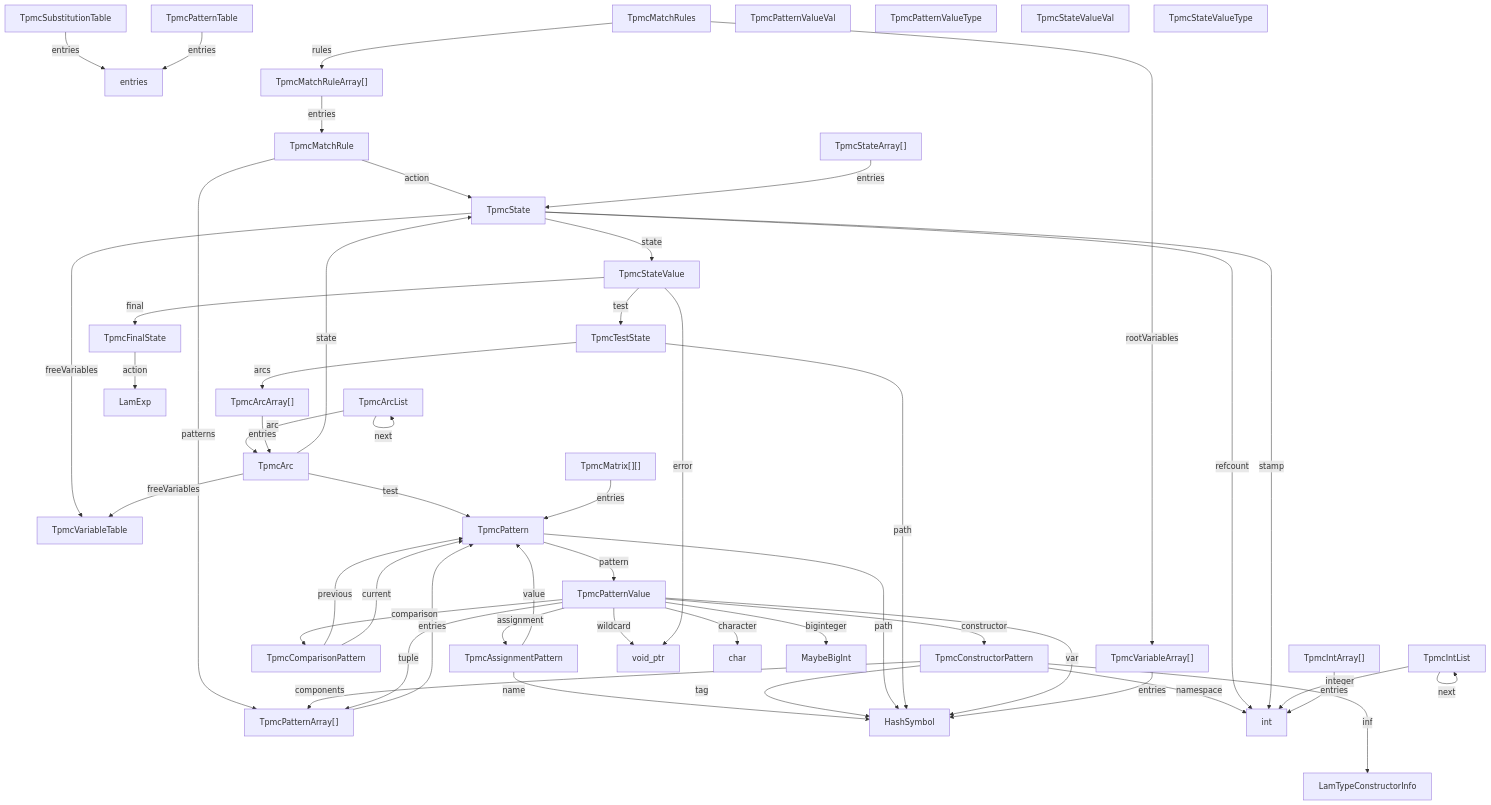
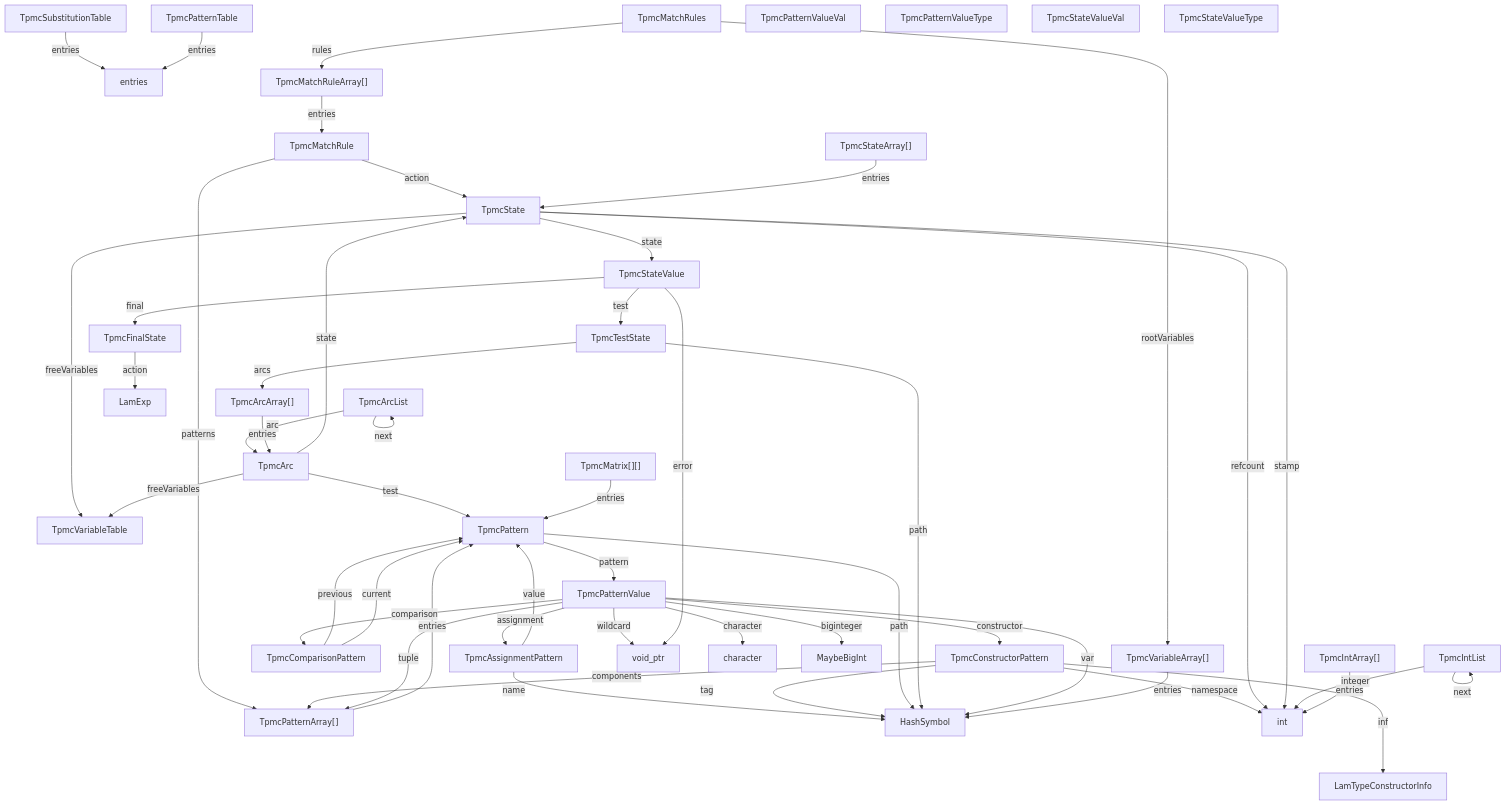
One commit to billhails/CEKF changed the diagram in docs/generated/tpmc.md. Above: the diagram before and after it, drawn with Mermaid. The commit also changed 11 other files, not shown here.

````diff
--- a/docs/generated/tpmc.md
+++ b/docs/generated/tpmc.md
@@ -5,56 +5,56 @@
 ```mermaid
 flowchart TD
 TpmcVariableTable
 TpmcSubstitutionTable --entries--> entries
 TpmcPatternTable --entries--> entries
 TpmcMatchRules --rules--> TpmcMatchRuleArray
 TpmcMatchRules --rootVariables--> TpmcVariableArray
 TpmcMatchRule --action--> TpmcState
 TpmcMatchRule --patterns--> TpmcPatternArray
 TpmcComparisonPattern --previous--> TpmcPattern
 TpmcComparisonPattern --current--> TpmcPattern
 TpmcAssignmentPattern --name--> HashSymbol
 TpmcAssignmentPattern --value--> TpmcPattern
 TpmcConstructorPattern --tag--> HashSymbol
 TpmcConstructorPattern --namespace--> int
 TpmcConstructorPattern --info--> LamTypeConstructorInfo
 TpmcConstructorPattern --components--> TpmcPatternArray
 TpmcPattern --path--> HashSymbol
 TpmcPattern --pattern--> TpmcPatternValue
 TpmcTestState --path--> HashSymbol
 TpmcTestState --arcs--> TpmcArcArray
 TpmcFinalState --action--> LamExp
 TpmcState --refcount--> int
 TpmcState --stamp--> int
 TpmcState --freeVariables--> TpmcVariableTable
 TpmcState --state--> TpmcStateValue
 TpmcArc --state--> TpmcState
 TpmcArc --test--> TpmcPattern
 TpmcArc --freeVariables--> TpmcVariableTable
 TpmcArcList --arc--> TpmcArc
 TpmcArcList --next--> TpmcArcList
 TpmcIntList --integer--> int
 TpmcIntList --next--> TpmcIntList
 TpmcPatternValue --var--> HashSymbol
 TpmcPatternValue --comparison--> TpmcComparisonPattern
 TpmcPatternValue --assignment--> TpmcAssignmentPattern
 TpmcPatternValue --wildcard--> void_ptr
-TpmcPatternValue --character--> char
+TpmcPatternValue --character--> character
 TpmcPatternValue --biginteger--> MaybeBigInt
 TpmcPatternValue --constructor--> TpmcConstructorPattern
 TpmcPatternValue --tuple--> TpmcPatternArray
 TpmcStateValue --test--> TpmcTestState
 TpmcStateValue --final--> TpmcFinalState
 TpmcStateValue --error--> void_ptr
 TpmcMatchRuleArray["TpmcMatchRuleArray[]"] --entries--> TpmcMatchRule
 TpmcVariableArray["TpmcVariableArray[]"] --entries--> HashSymbol
 TpmcPatternArray["TpmcPatternArray[]"] --entries--> TpmcPattern
 TpmcStateArray["TpmcStateArray[]"] --entries--> TpmcState
 TpmcArcArray["TpmcArcArray[]"] --entries--> TpmcArc
 TpmcIntArray["TpmcIntArray[]"] --entries--> int
 TpmcMatrix["TpmcMatrix[][]"] --entries--> TpmcPattern
 TpmcPatternValueVal
 TpmcPatternValueType
 TpmcStateValueVal
 TpmcStateValueType
 ```
````
